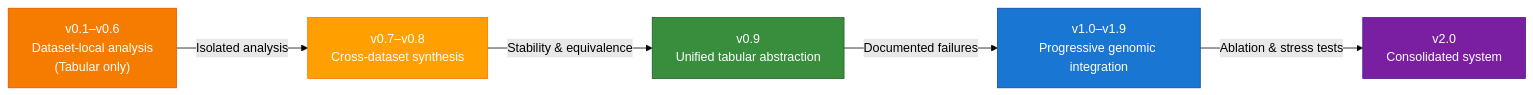
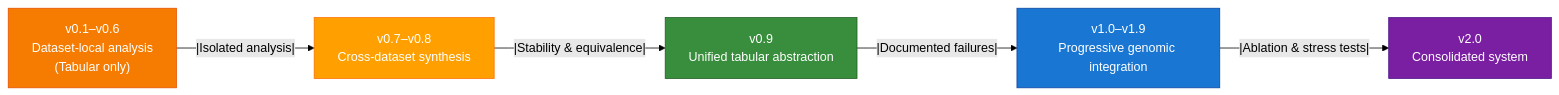
One commit to Aridoge13/Kabosu changed the diagram in README.md. Above: the diagram before and after it, drawn with Mermaid (forest theme).

Commit message:
Kabosu v0.1

````diff
--- a/README.md
+++ b/README.md
@@ -55,20 +55,19 @@
 ```mermaid
 flowchart LR
     A["v0.1–v0.6<br/>Dataset-local analysis<br/>(Tabular only)"]
-    B["v0.7–v0.8<br/>Cross-dataset synthesis"]
-    C["v0.9<br/>Unified tabular abstraction"]
-    D["v1.0–v1.9<br/>Progressive genomic integration"]
-    E["v2.0<br/>Consolidated system"]
+    
+    
+    
 
-    A -->|Isolated analysis| B
-    B -->|Stability & equivalence| C
-    C -->|Documented failures| D
-    D -->|Ablation & stress tests| E
+    A -- |Isolated analysis| --> B["v0.7–v0.8<br/>Cross-dataset synthesis"]
+    B -- |Stability & equivalence| --> C["v0.9<br/>Unified tabular abstraction"]
+    C -- |Documented failures| --> D["v1.0–v1.9<br/>Progressive genomic integration"]
+    D -- |Ablation & stress tests| --> E["v2.0<br/>Consolidated system"]
 
     style A fill:#f57c00,stroke:#e65100,color:#ffffff
     style B fill:#ffa000,stroke:#ff6f00,color:#ffffff
     style C fill:#388e3c,stroke:#1b5e20,color:#ffffff
     style D fill:#1976d2,stroke:#0d47a1,color:#ffffff
     style E fill:#7b1fa2,stroke:#4a148c,color:#ffffff
 
 ```
````
